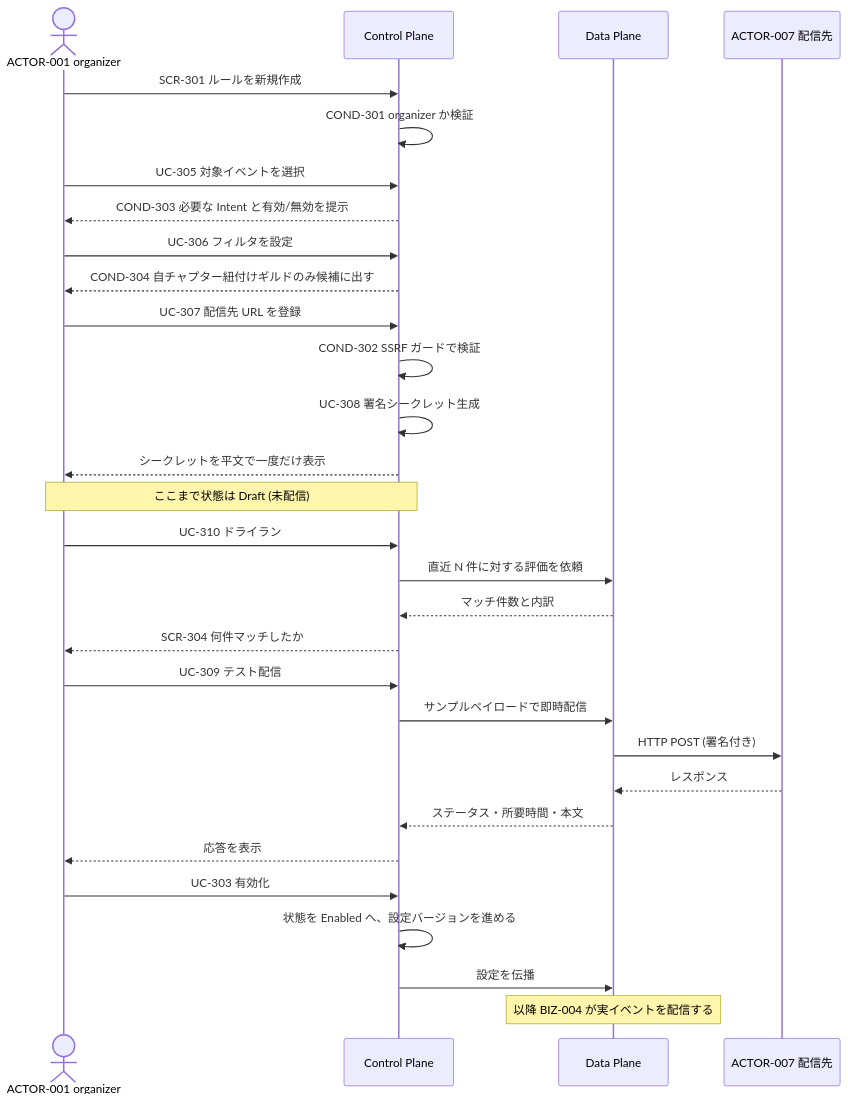
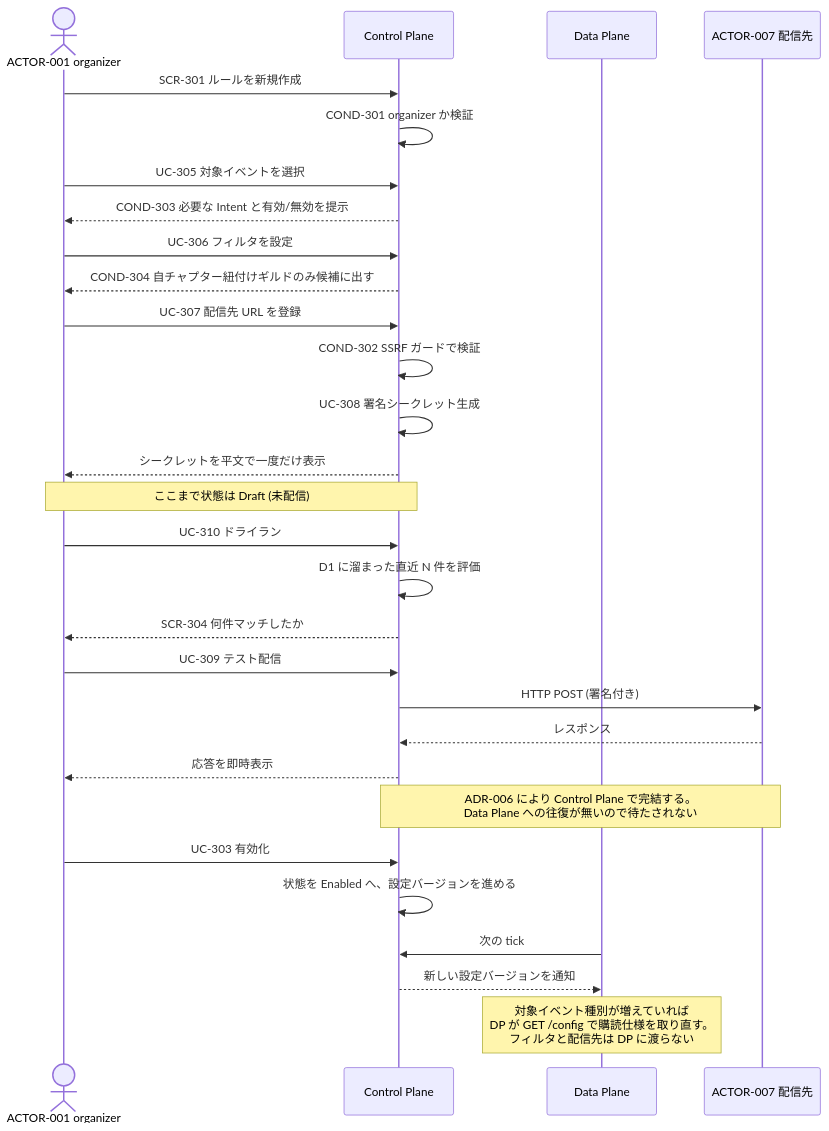
The second of 3 diagrams in docs/rdra/discord-relay/contexts/rule-management.md (gdg-jp/gdgjp), drawn with Mermaid before and after one commit. The commit also changed other lines of this file and 6 other files, not shown here.

````diff
--- a/docs/rdra/discord-relay/contexts/rule-management.md
+++ b/docs/rdra/discord-relay/contexts/rule-management.md
@@ -217,37 +217,36 @@
 ```mermaid
 sequenceDiagram
     actor ORG as ACTOR-001 organizer
     participant CP as Control Plane
     participant DP as Data Plane
     participant EP as ACTOR-007 配信先
 
     ORG->>CP: SCR-301 ルールを新規作成
     CP->>CP: COND-301 organizer か検証
     ORG->>CP: UC-305 対象イベントを選択
     CP-->>ORG: COND-303 必要な Intent と有効/無効を提示
     ORG->>CP: UC-306 フィルタを設定
     CP-->>ORG: COND-304 自チャプター紐付けギルドのみ候補に出す
     ORG->>CP: UC-307 配信先 URL を登録
     CP->>CP: COND-302 SSRF ガードで検証
     CP->>CP: UC-308 署名シークレット生成
     CP-->>ORG: シークレットを平文で一度だけ表示
 
     Note over ORG,CP: ここまで状態は Draft (未配信)
 
     ORG->>CP: UC-310 ドライラン
-    CP->>DP: 直近 N 件に対する評価を依頼
-    DP-->>CP: マッチ件数と内訳
+    CP->>CP: D1 に溜まった直近 N 件を評価
     CP-->>ORG: SCR-304 何件マッチしたか
 
     ORG->>CP: UC-309 テスト配信
-    CP->>DP: サンプルペイロードで即時配信
-    DP->>EP: HTTP POST (署名付き)
-    EP-->>DP: レスポンス
-    DP-->>CP: ステータス・所要時間・本文
-    CP-->>ORG: 応答を表示
+    CP->>EP: HTTP POST (署名付き)
+    EP-->>CP: レスポンス
+    CP-->>ORG: 応答を即時表示
+    Note over CP,EP: ADR-006 により Control Plane で完結する。<br/>Data Plane への往復が無いので待たされない
 
     ORG->>CP: UC-303 有効化
     CP->>CP: 状態を Enabled へ、設定バージョンを進める
-    CP->>DP: 設定を伝播
-    Note over DP: 以降 BIZ-004 が実イベントを配信する
+    DP->>CP: 次の tick
+    CP-->>DP: 新しい設定バージョンを通知
+    Note over DP: 対象イベント種別が増えていれば<br/>DP が GET /config で購読仕様を取り直す。<br/>フィルタと配信先は DP に渡らない
 ```
````
